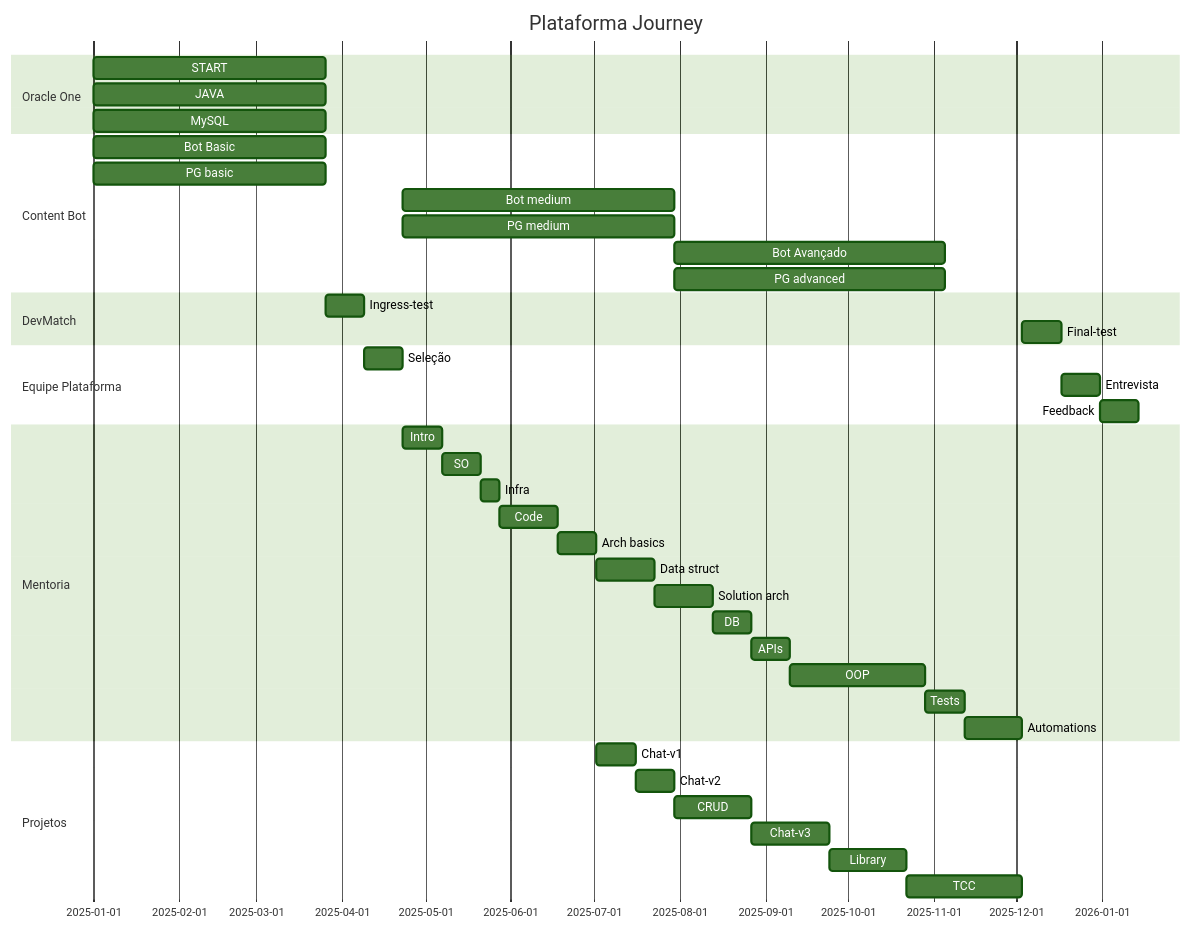
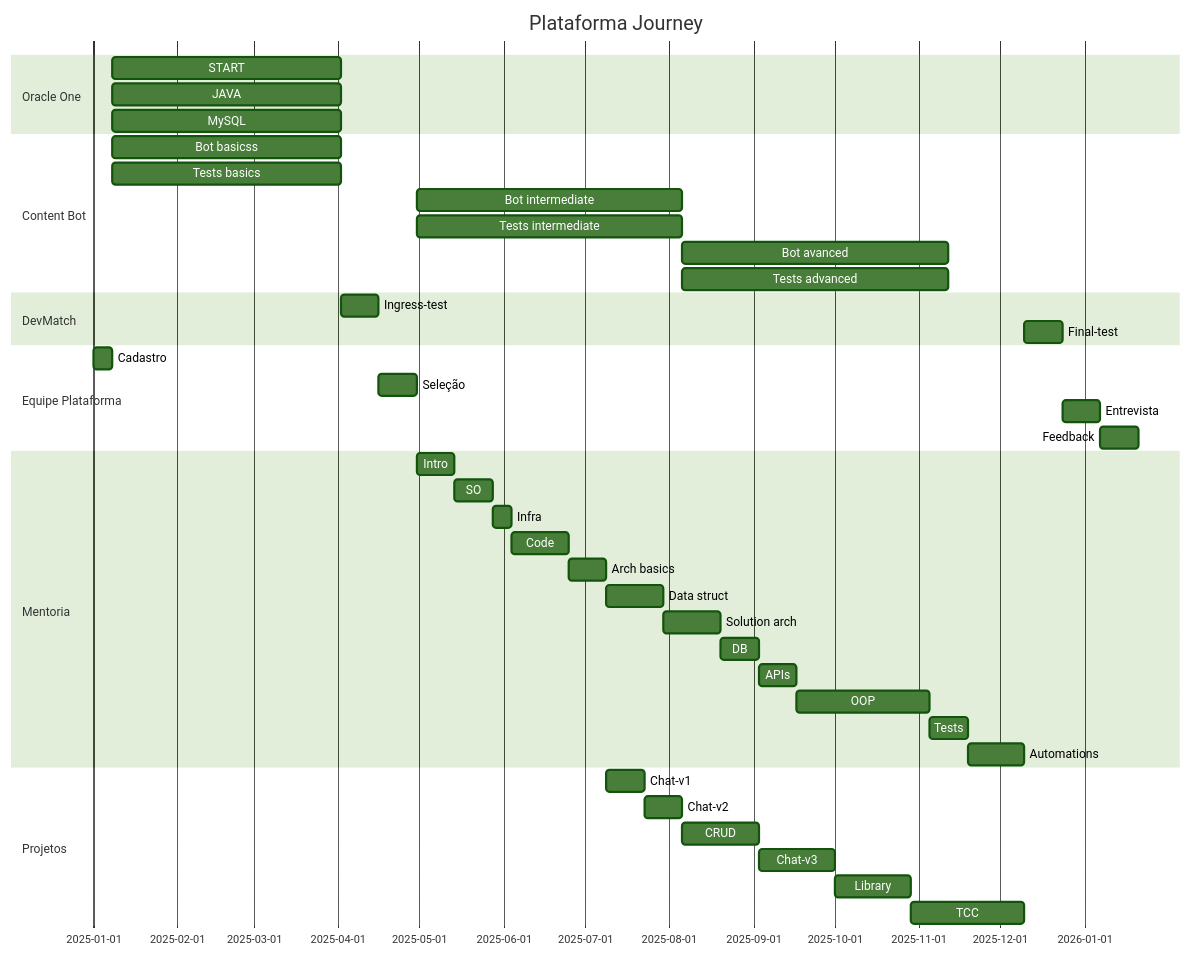
One commit to RafaelFino/plataforma-journey changed the first of 9 diagrams in README.md. Above: the diagram before and after it, drawn with Mermaid (forest theme). The commit also changed other lines of this file, not shown here.

````diff
--- a/README.md
+++ b/README.md
@@ -15,43 +15,44 @@
 ```mermaid
 gantt
     title Plataforma Journey    
     dateFormat  YYYY-MM-DD
     section Oracle One
-        START: one_start, 2025-01-01, 12w
-        JAVA: one_java, 2025-01-01, 12w
-        MySQL: one_mysql, 2025-01-01, 12w
+        START: one_start, after eval_registry, 12w
+        JAVA: one_java, after eval_registry, 12w
+        MySQL: one_mysql, after eval_registry, 12w
     section Content Bot
-        Bot Basic: bot_content_basic, 2025-01-01, 12w
-        PG basic: bot_pg_basic, 2025-01-01, 12w
-        Bot medium: bot_content_med, after eval_behave, 14w
-        PG medium: bot_pg_med, after eval_behave, 14w
-        Bot Avançado: bot_content_adv, after bot_content_med, 14w
-        PG advanced: bot_pg_adv, after bot_content_med, 14w
+        Bot basicss: bot_content_basic, after eval_registry, 12w
+        Tests basics: bot_test_basic, after eval_registry, 12w
+        Bot intermediate: bot_content_med, after eval_behave, 14w
+        Tests intermediate: bot_test_med, after eval_behave, 14w
+        Bot avanced: bot_content_adv, after bot_content_med, 14w
+        Tests advanced: bot_test_adv, after bot_content_med, 14w
     section DevMatch
         Ingress-test: test_ingress, after bot_content_basic, 2w
         Final-test: test_final, after prj_tcc, 2w      
     section Equipe Plataforma
+        Cadastro: eval_registry, 2025-01-01, 1w
         Seleção: eval_behave, after test_ingress, 2w
         Entrevista: eval_final, after test_final, 2w
         Feedback: team_feedback, after eval_final, 2w
     section Mentoria
         Intro: ment_intro, after eval_behave, 2w
         SO: ment_SO, after ment_intro, 2w
         Infra: ment_infra, after ment_SO, 1w
         Code: ment_coding, after ment_infra, 3w
         Arch basics: ment_arch_basic, after ment_coding, 2w
         Data struct: ment_data_structure, after ment_arch_basic, 3w
         Solution arch: ment_solution_arch, after ment_data_structure, 3w
         DB: ment_sql, after ment_solution_arch, 2w
         APIs: ment_apis, after ment_sql, 2w
         OOP: ment_oop, after ment_apis, 7w
         Tests: ment_tests, after ment_oop, 2w
         Automations: ment_automations, after ment_tests, 3w
     section Projetos        
         Chat-v1: prj_chat_v1, after ment_arch_basic, 2w
         Chat-v2: prj_chat_v2, after prj_chat_v1, 2w
         CRUD: prj_crud, after prj_chat_v2, 4w
         Chat-v3: prj_chat_v3, after ment_sql, 4w
         Library: prj_lib, after prj_chat_v3, 4w
         TCC: prj_tcc, after prj_lib, 6w  
 ```
````
